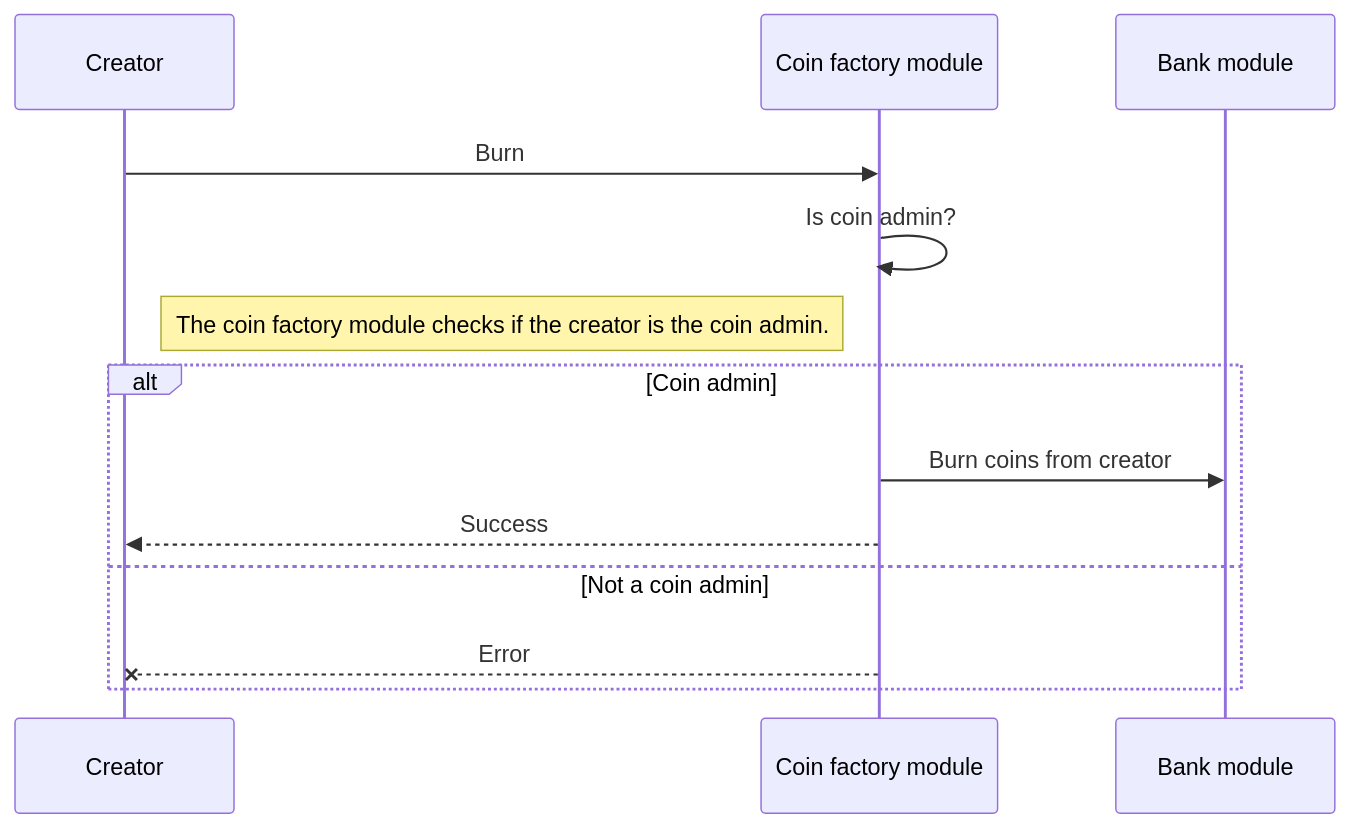
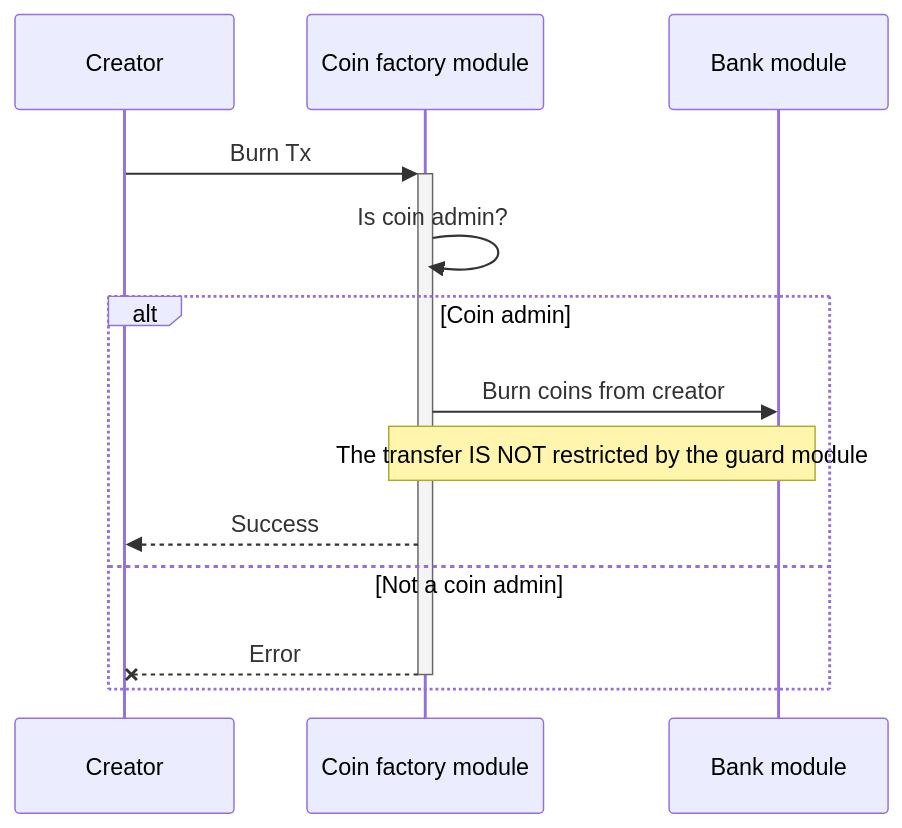
Before and after one commit to MANTRA-Chain/mantrachain: the third of 6 diagrams in x/coinfactory/spec/01_txs_flows.md, drawn with Mermaid. The commit also changed other lines of this file and 12 other files, not shown here.

Commit message:
docs: add update txs flows docs

````diff
--- a/x/coinfactory/spec/01_txs_flows.md
+++ b/x/coinfactory/spec/01_txs_flows.md
@@ -41,12 +38,12 @@
 ```mermaid
 sequenceDiagram
-Creator ->> Coin factory module: Burn
+Creator->>+Coin factory module: Burn Tx
 Coin factory module->>Coin factory module: Is coin admin?
-Note left of Coin factory module: The coin factory module checks if the creator is the coin admin.
 alt Coin admin
   Coin factory module->>Bank module: Burn coins from creator
-  Coin factory module-->> Creator: Success
+  Note over Coin factory module, Bank module: The transfer IS NOT restricted by the guard module
+  Coin factory module-->>Creator: Success
 else Not a coin admin
-  Coin factory module--x Creator: Error
+  Coin factory module--x-Creator: Error
 end
 ```
````
